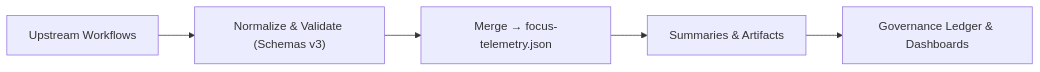
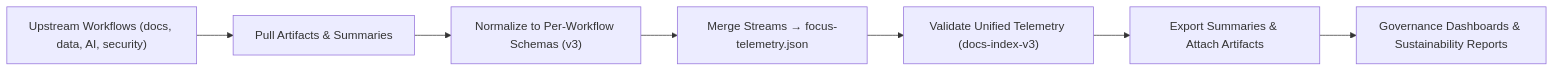
The first of 2 diagrams in docs/workflows/telemetry-export.yml.md (bartytime4life/Kansas-Frontier-Matrix), drawn with Mermaid before and after one commit. The commit also changed other lines of this file, not shown here.

````diff
--- a/docs/workflows/telemetry-export.yml.md
+++ b/docs/workflows/telemetry-export.yml.md
@@ -219,7 +307,9 @@
-```mermaid
+~~~mermaid
 flowchart LR
-  A["Upstream Workflows"] --> B["Normalize & Validate (Schemas v3)"]
-  B --> C["Merge → focus-telemetry.json"]
-  C --> D["Summaries & Artifacts"]
-  D --> E["Governance Ledger & Dashboards"]
-```
+  A["Upstream Workflows (docs, data, AI, security)"] --> B["Pull Artifacts & Summaries"]
+  B --> C["Normalize to Per-Workflow Schemas (v3)"]
+  C --> D["Merge Streams → focus-telemetry.json"]
+  D --> E["Validate Unified Telemetry (docs-index-v3)"]
+  E --> F["Export Summaries & Attach Artifacts"]
+  F --> G["Governance Dashboards & Sustainability Reports"]
+~~~
````
